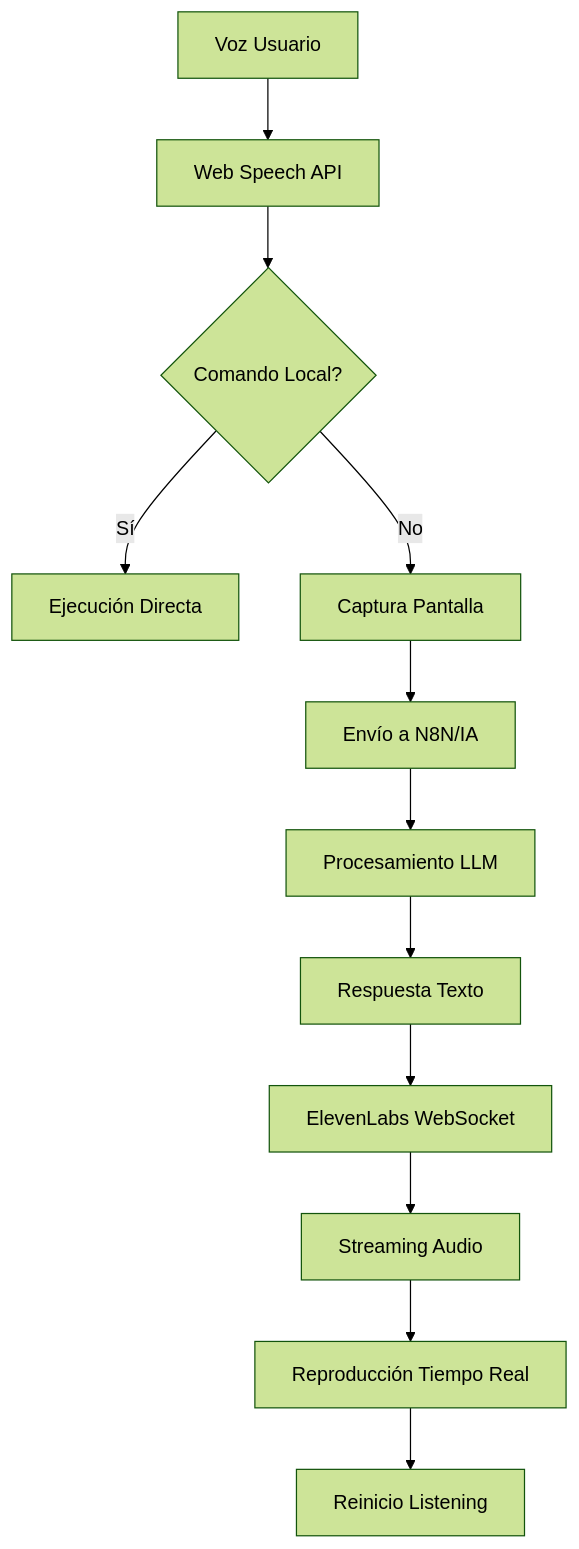
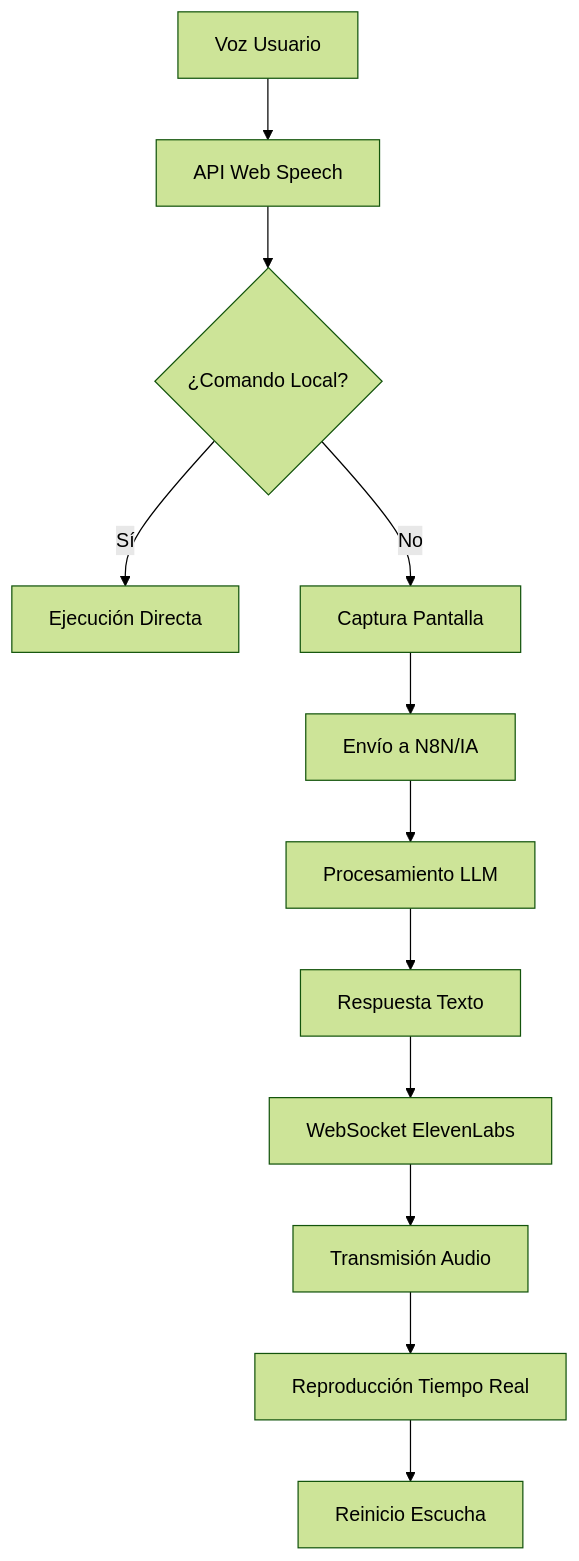
One commit to leherreraSkillChallenge/AI-Extension changed the diagram in AI Extension/README.md. Above: the diagram before and after it, drawn with Mermaid (forest theme). The commit also changed other lines of this file, not shown here.

````diff
--- a/AI Extension/README.md
+++ b/AI Extension/README.md
@@ -66,14 +66,14 @@
 ```mermaid
 graph TD
-    A[Voz Usuario] --> B[Web Speech API]
-    B --> C{Comando Local?}
+    A[Voz Usuario] --> B[API Web Speech]
+    B --> C{¿Comando Local?}
     C -->|Sí| D[Ejecución Directa]
     C -->|No| E[Captura Pantalla]
     E --> F[Envío a N8N/IA]
     F --> G[Procesamiento LLM]
     G --> H[Respuesta Texto]
-    H --> I[ElevenLabs WebSocket]
-    I --> J[Streaming Audio]
+    H --> I[WebSocket ElevenLabs]
+    I --> J[Transmisión Audio]
     J --> K[Reproducción Tiempo Real]
-    K --> L[Reinicio Listening]
+    K --> L[Reinicio Escucha]
 ```
````
